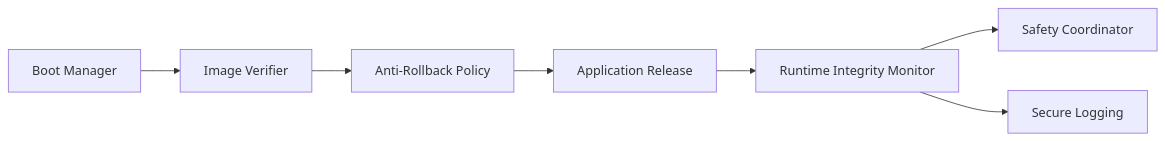
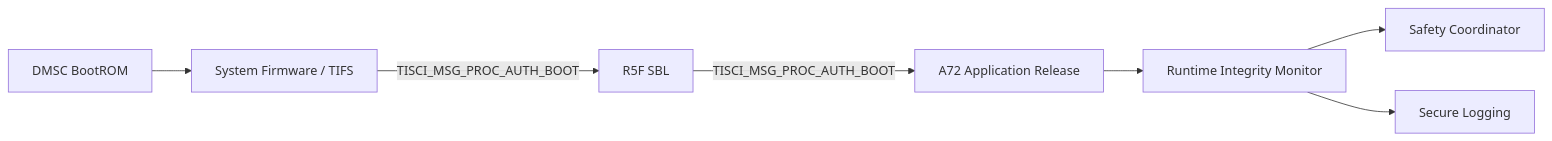
The second of 3 diagrams in TDA4VM_Secure_Authentic_Boot_Runtime_Integrity_Requirements.md (vinodneelakantam/Sec_Concepts_Req_tracability), drawn with Mermaid before and after one commit. The commit also changed other lines of this file and 7 other files, not shown here.

````diff
--- a/TDA4VM_Secure_Authentic_Boot_Runtime_Integrity_Requirements.md
+++ b/TDA4VM_Secure_Authentic_Boot_Runtime_Integrity_Requirements.md
@@ -56,9 +74,9 @@
 ```mermaid
 graph LR
-  BM[Boot Manager] --> VER[Image Verifier]
-  VER --> ARB[Anti-Rollback Policy]
-  ARB --> APP[Application Release]
+  ROM[DMSC BootROM] --> SYSFW[System Firmware / TIFS]
+  SYSFW -->|TISCI_MSG_PROC_AUTH_BOOT| SBL[R5F SBL]
+  SBL -->|TISCI_MSG_PROC_AUTH_BOOT| APP[A72 Application Release]
   APP --> MON[Runtime Integrity Monitor]
   MON --> SAFE[Safety Coordinator]
   MON --> LOG[Secure Logging]
 ```
````
